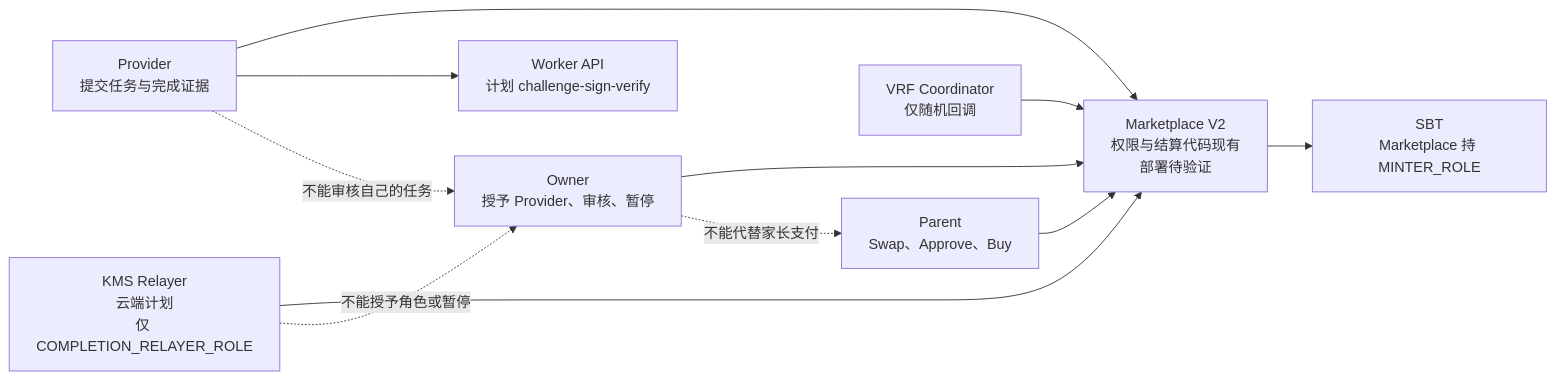
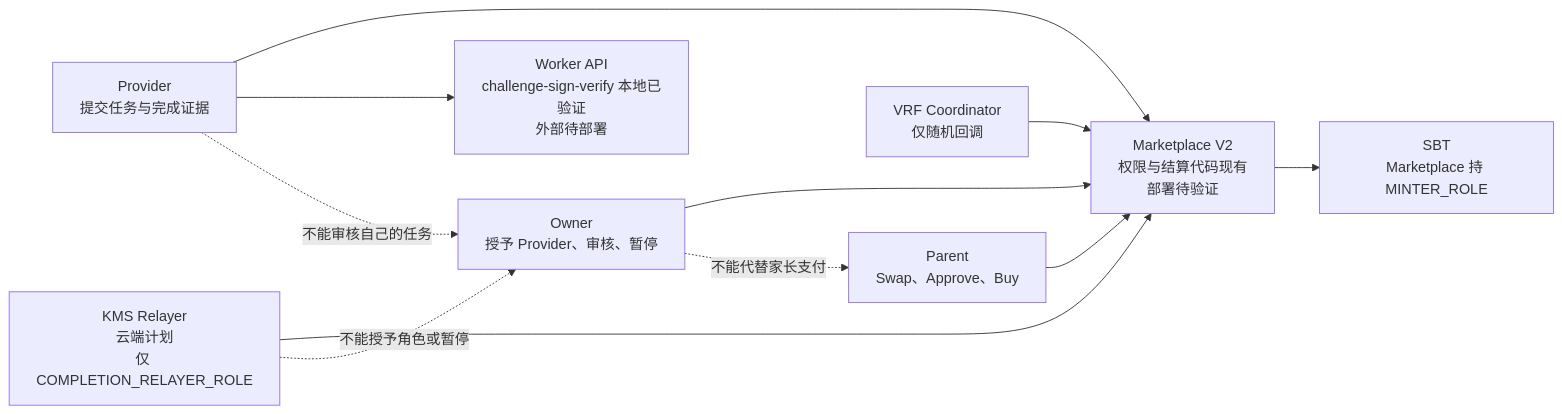
Before and after one commit to Tiancheng-Xu/babysteps: the seventh of 8 diagrams in docs/architecture/starbuddy-web3-architecture.mmd, drawn with Mermaid. The commit also changed other lines of this file and 4 other files, not shown here.

````diff
--- a/docs/architecture/starbuddy-web3-architecture.mmd
+++ b/docs/architecture/starbuddy-web3-architecture.mmd
@@ -174,14 +176,14 @@
 ```mermaid
 flowchart LR
     owner2["Owner<br/>授予 Provider、审核、暂停"] --> market["Marketplace V2<br/>权限与结算代码现有<br/>部署待验证"]
     provider2["Provider<br/>提交任务与完成证据"] --> market
-    provider2 --> api["Worker API<br/>计划 challenge-sign-verify"]
+    provider2 --> api["Worker API<br/>challenge-sign-verify 本地已验证<br/>外部待部署"]
     parent2["Parent<br/>Swap、Approve、Buy"] --> market
     relayer2["KMS Relayer<br/>云端计划<br/>仅 COMPLETION_RELAYER_ROLE"] --> market
     coordinator["VRF Coordinator<br/>仅随机回调"] --> market
     market --> sbt2["SBT<br/>Marketplace 持 MINTER_ROLE"]
 
     owner2 -. "不能代替家长支付" .-> parent2
     provider2 -. "不能审核自己的任务" .-> owner2
     relayer2 -. "不能授予角色或暂停" .-> owner2
 ```
````
